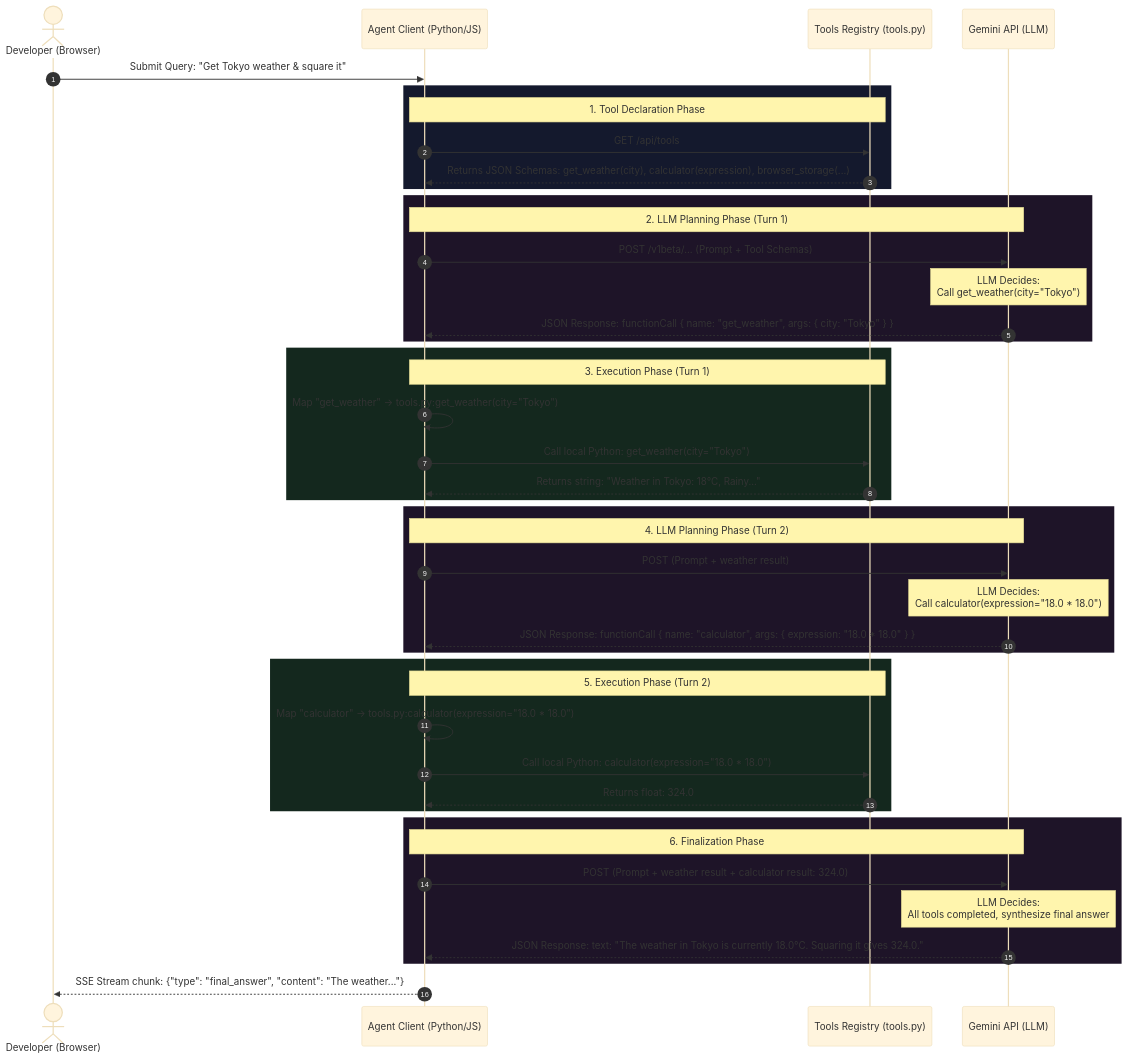
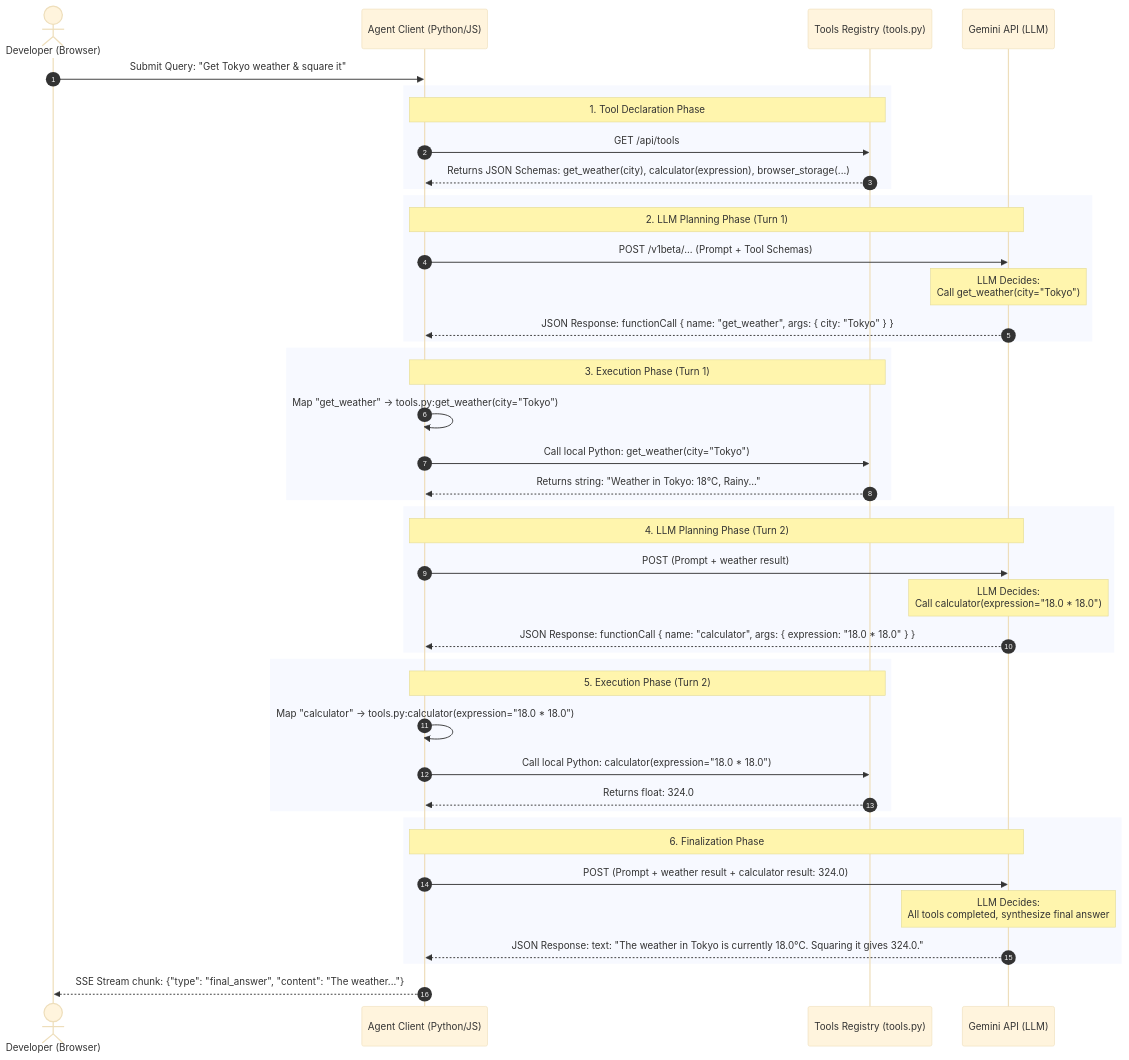
One commit to vdonthireddy/ai-agent-skills-sandbox changed the second of 2 diagrams in README.md. Above: the diagram before and after it, drawn with Mermaid (base theme). The commit also changed other lines of this file, not shown here.

Commit message:
Fix Flow B sequence diagram routes and preview base64 in README.md

````diff
--- a/README.md
+++ b/README.md
@@ -116,53 +130,53 @@
 ```mermaid
 sequenceDiagram
     autonumber
     actor User as Developer (Browser)
     participant Agent as Agent Client (Python/JS)
     participant Registry as Tools Registry (tools.py)
     participant LLM as Gemini API (LLM)
 
     User->>Agent: Submit Query: "Get Tokyo weather & square it"
     
-    rect rgb(20, 25, 45)
+    rect #14192d
         Note over Agent,Registry: 1. Tool Declaration Phase
         Agent->>Registry: GET /api/tools
         Registry-->>Agent: Returns JSON Schemas: get_weather(city), calculator(expression), browser_storage(...)
     end
     
-    rect rgb(30, 20, 40)
+    rect #1e1428
         Note over Agent,LLM: 2. LLM Planning Phase (Turn 1)
         Agent->>LLM: POST /v1beta/... (Prompt + Tool Schemas)
         Note over LLM: LLM Decides:<br/>Call get_weather(city="Tokyo")
         LLM-->>Agent: JSON Response: functionCall { name: "get_weather", args: { city: "Tokyo" } }
     end
     
-    rect rgb(20, 40, 30)
+    rect #14281e
         Note over Agent,Registry: 3. Execution Phase (Turn 1)
         Agent->>Agent: Map "get_weather" -> tools.py:get_weather(city="Tokyo")
         Agent->>Registry: Call local Python: get_weather(city="Tokyo")
         Registry-->>Agent: Returns string: "Weather in Tokyo: 18°C, Rainy..."
     end
     
-    rect rgb(30, 20, 40)
+    rect #1e1428
         Note over Agent,LLM: 4. LLM Planning Phase (Turn 2)
         Agent->>LLM: POST (Prompt + weather result)
         Note over LLM: LLM Decides:<br/>Call calculator(expression="18.0 * 18.0")
         LLM-->>Agent: JSON Response: functionCall { name: "calculator", args: { expression: "18.0 * 18.0" } }
     end
     
-    rect rgb(20, 40, 30)
+    rect #14281e
         Note over Agent,Registry: 5. Execution Phase (Turn 2)
         Agent->>Agent: Map "calculator" -> tools.py:calculator(expression="18.0 * 18.0")
         Agent->>Registry: Call local Python: calculator(expression="18.0 * 18.0")
         Registry-->>Agent: Returns float: 324.0
     end
     
-    rect rgb(30, 20, 40)
+    rect #1e1428
         Note over Agent,LLM: 6. Finalization Phase
         Agent->>LLM: POST (Prompt + weather result + calculator result: 324.0)
         Note over LLM: LLM Decides:<br/>All tools completed, synthesize final answer
         LLM-->>Agent: JSON Response: text: "The weather in Tokyo is currently 18.0°C. Squaring it gives 324.0."
     end
     
     Agent-->>User: SSE Stream chunk: {"type": "final_answer", "content": "The weather..."}
 ```
````
